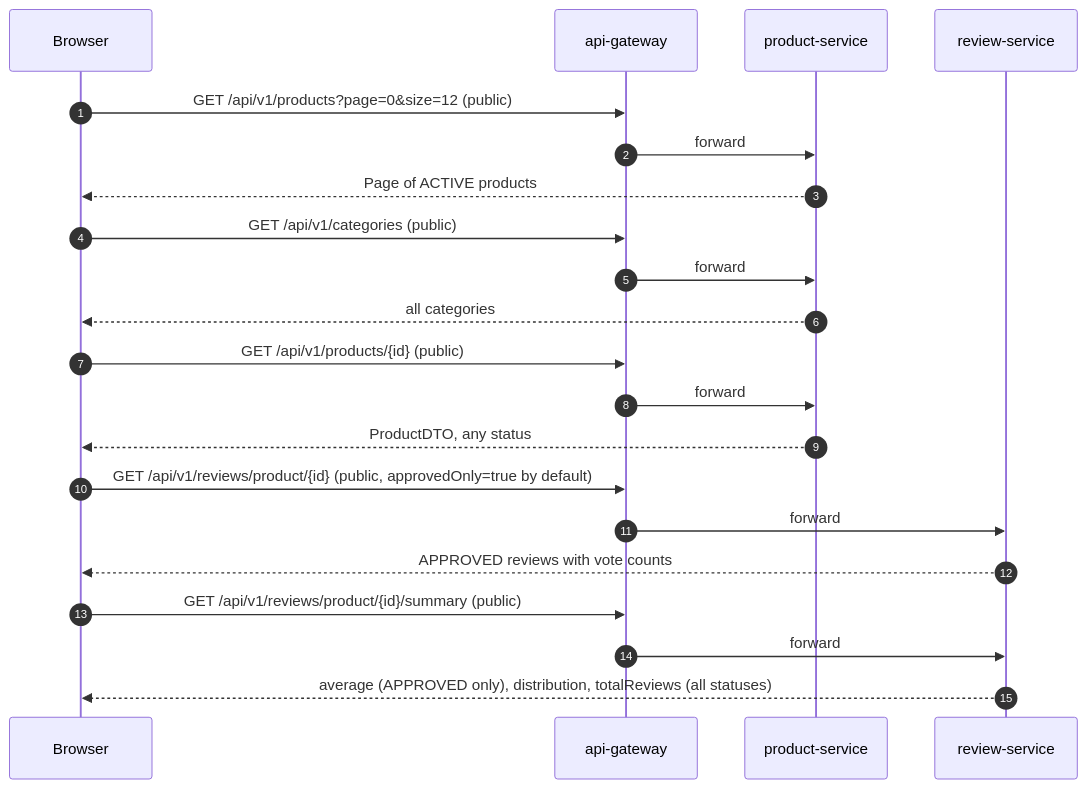
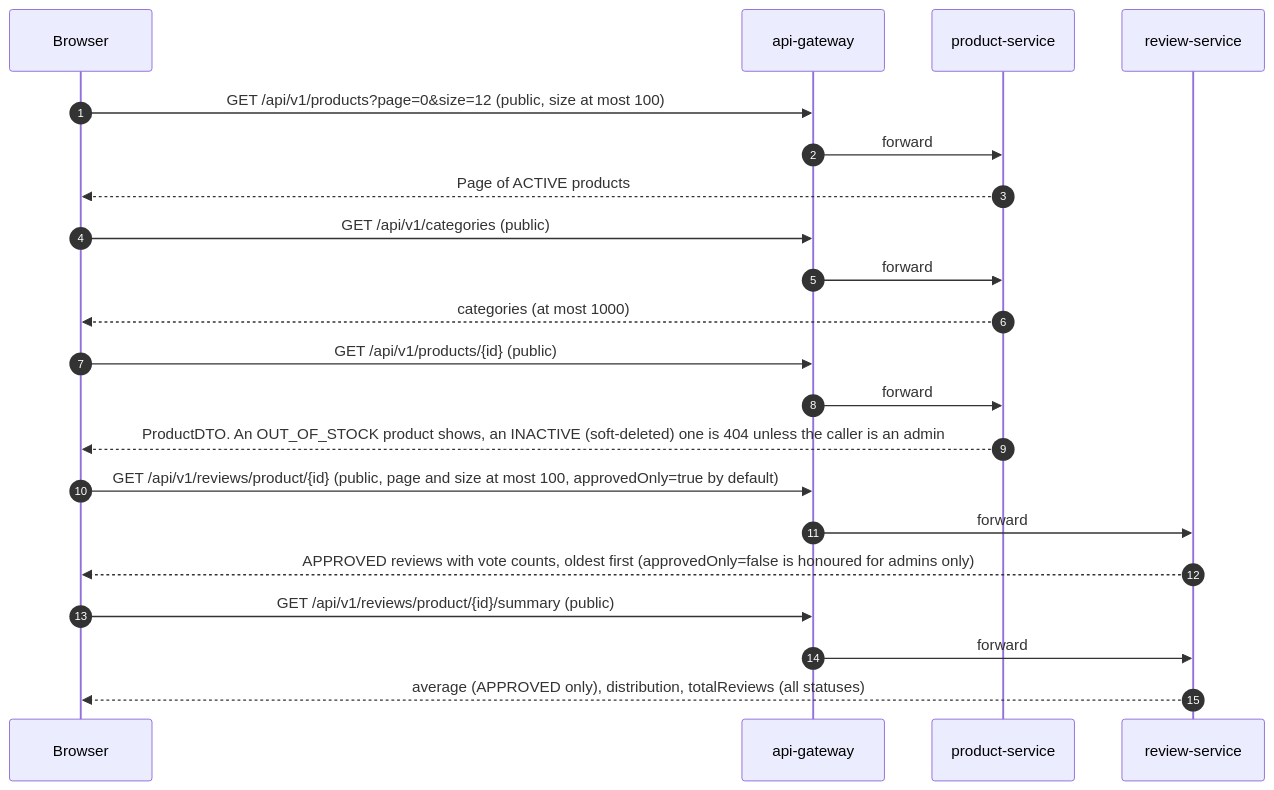
Before and after one commit to bmcnpnr/ecommerce-platform: the second of 11 diagrams in docs/flows.md, drawn with Mermaid. The commit also changed other lines of this file and 58 other files, not shown here.

````diff
--- a/docs/flows.md
+++ b/docs/flows.md
@@ -50,23 +52,23 @@
 ```mermaid
 sequenceDiagram
     autonumber
     participant B as Browser
     participant G as api-gateway
     participant P as product-service
     participant R as review-service
-    B->>G: GET /api/v1/products?page=0&size=12 (public)
+    B->>G: GET /api/v1/products?page=0&size=12 (public, size at most 100)
     G->>P: forward
     P-->>B: Page of ACTIVE products
     B->>G: GET /api/v1/categories (public)
     G->>P: forward
-    P-->>B: all categories
+    P-->>B: categories (at most 1000)
     B->>G: GET /api/v1/products/{id} (public)
     G->>P: forward
-    P-->>B: ProductDTO, any status
-    B->>G: GET /api/v1/reviews/product/{id} (public, approvedOnly=true by default)
+    P-->>B: ProductDTO. An OUT_OF_STOCK product shows, an INACTIVE (soft-deleted) one is 404 unless the caller is an admin
+    B->>G: GET /api/v1/reviews/product/{id} (public, page and size at most 100, approvedOnly=true by default)
     G->>R: forward
-    R-->>B: APPROVED reviews with vote counts
+    R-->>B: APPROVED reviews with vote counts, oldest first (approvedOnly=false is honoured for admins only)
     B->>G: GET /api/v1/reviews/product/{id}/summary (public)
     G->>R: forward
     R-->>B: average (APPROVED only), distribution, totalReviews (all statuses)
 ```
````
